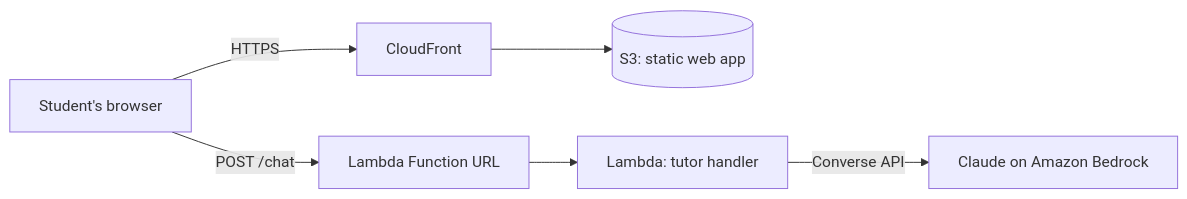
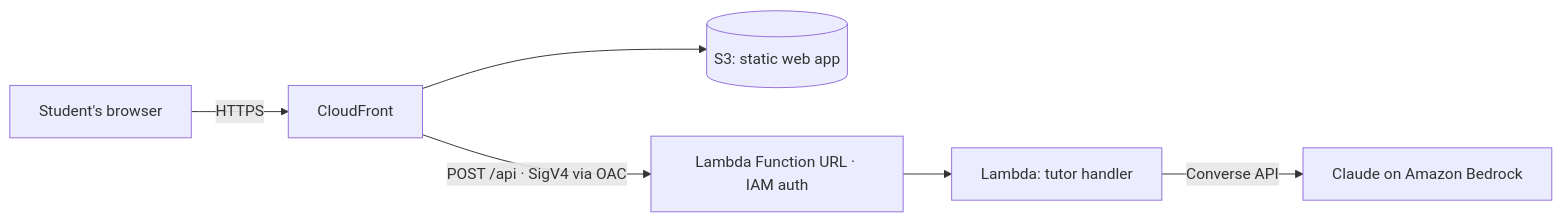
The diagram in README.md (christophercorbin/math-mentor), drawn with Mermaid before and after one commit. The commit also changed other lines of this file and 8 other files, not shown here.

````diff
--- a/README.md
+++ b/README.md
@@ -13,8 +13,8 @@
 ```mermaid
 flowchart LR
     U[Student's browser] -->|HTTPS| CF[CloudFront]
     CF --> S3[(S3: static web app)]
-    U -->|POST /chat| FU[Lambda Function URL]
+    CF -->|POST /api · SigV4 via OAC| FU[Lambda Function URL · IAM auth]
     FU --> L[Lambda: tutor handler]
     L -->|Converse API| B[Claude on Amazon Bedrock]
 ```
````
